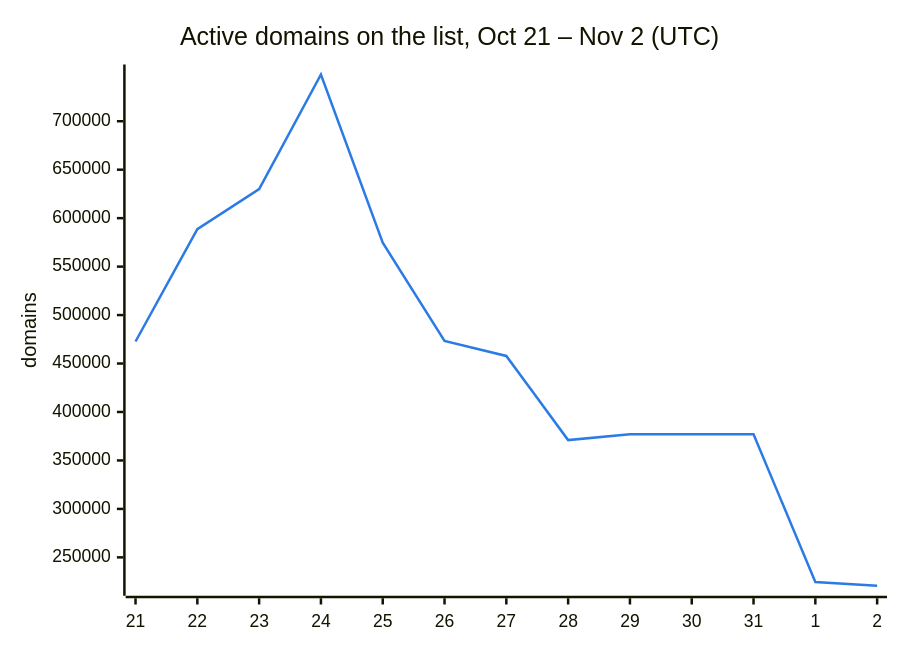
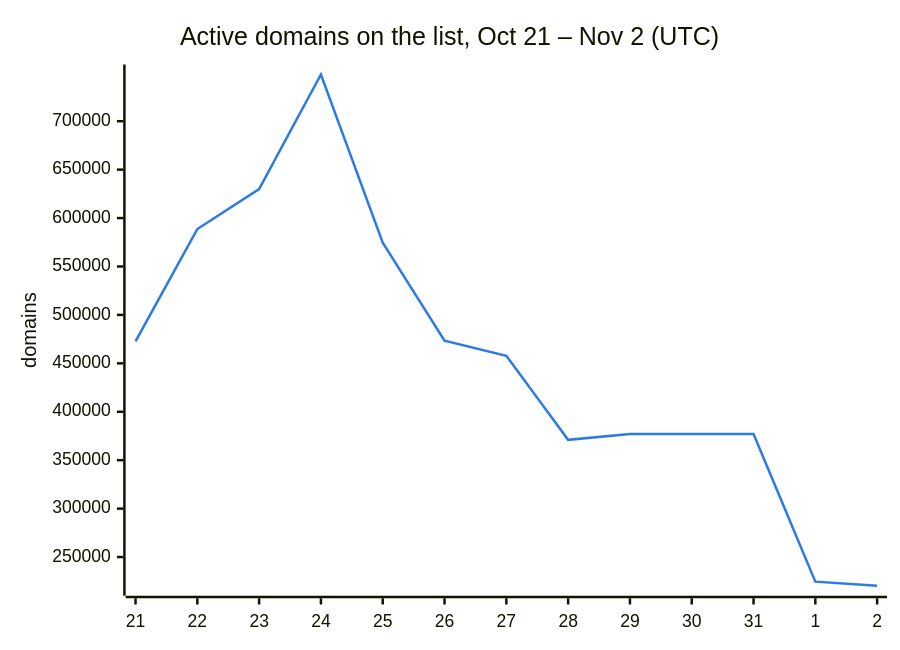
The second of 3 diagrams in README.md (DNSBunker/CTI), drawn with Mermaid before and after one commit. The commit also changed other lines of this file and 3 other files, not shown here.

````diff
--- a/README.md
+++ b/README.md
@@ -38,8 +38,8 @@
 ```mermaid
 %%{init: {"themeVariables": {"xyChart": {"plotColorPalette": "#2c7be5"}}}}%%
 xychart-beta
     title "Active domains on the list, Oct 21 – Nov 2 (UTC)"
     x-axis ["21", "22", "23", "24", "25", "26", "27", "28", "29", "30", "31", "1", "2"]
     y-axis "domains"
-    line [472713, 588659, 629951, 748222, 574614, 473331, 457795, 371010, 376945, 376945, 376945, 224607, 220704]
+    line [472713, 588659, 629951, 748222, 574614, 473331, 457795, 371010, 376945, 376945, 376945, 224607, 220367]
 ```
````
